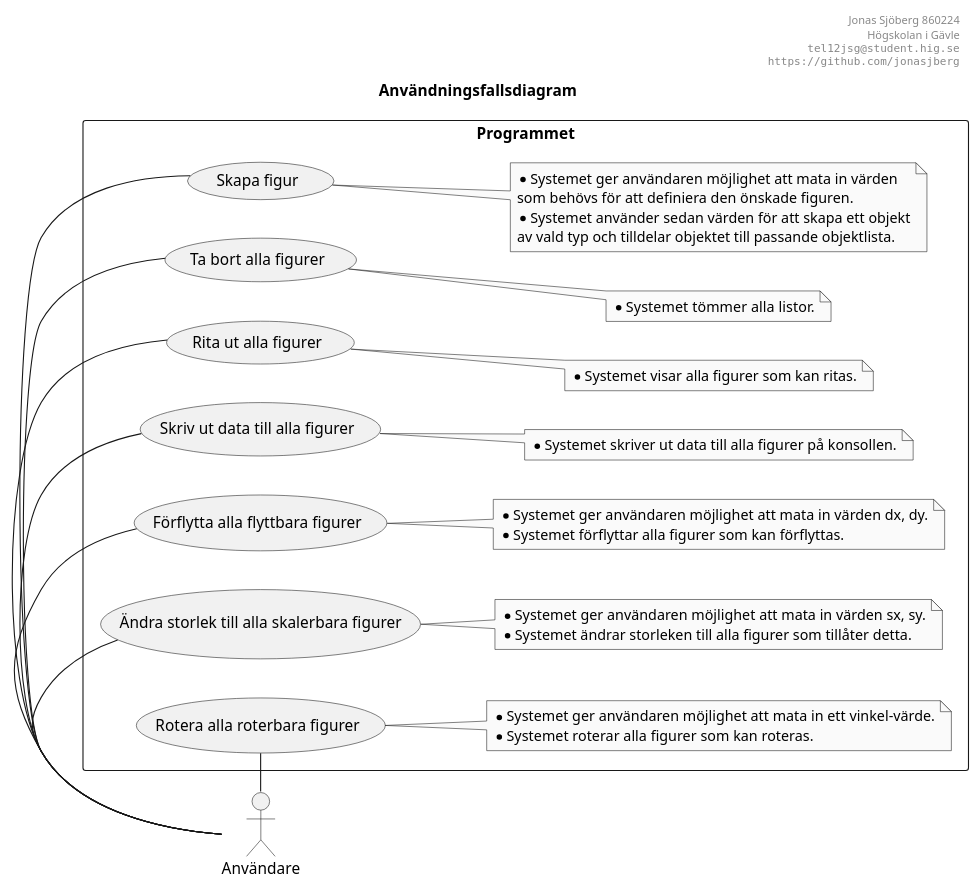
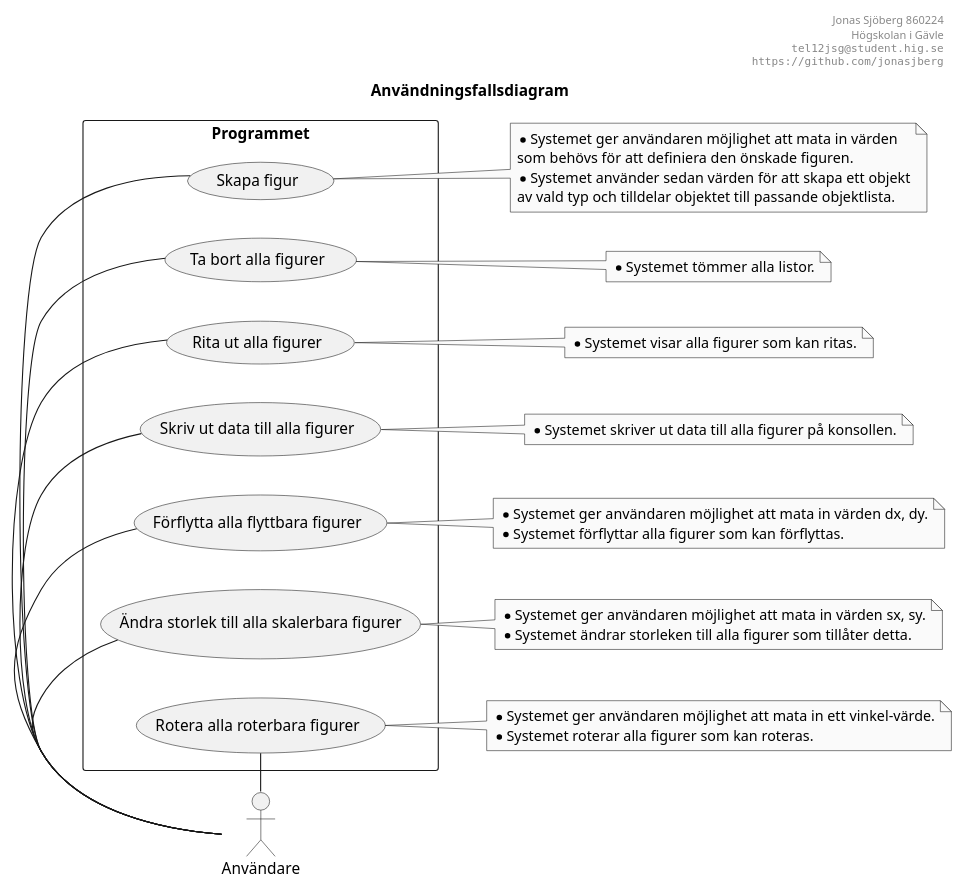
Before and after one commit to jonasjberg/DVG303_lab1: the diagram in diagram/usecase.puml, drawn with PlantUML. The commit also changed 3 other files, not shown here.

```diff
--- a/diagram/usecase.puml
+++ b/diagram/usecase.puml
@@ -9,114 +9,114 @@
 @startuml
 ' ______________________________________________________________________________
 ' ____ CONFIGURATION OPTIONS ___________________________________________________
 ' debug flag creates a 'svek.dot' and 'svek.svg' file in ~/
 !pragma svek_trace on
 
 skinparam {
     monochrome true
     backgroundColor transparent
     classBackgroundColor transparent
     'style strictuml
 }
 
 ' ______________________________________________________________________________
 ' ____ USECASE DIAGRAM _________________________________________________________
 
 header
 Jonas Sjöberg 860224
 Högskolan i Gävle
 ""tel12jsg@student.hig.se""
 ""https://github.com/jonasjberg""
 end header
 
 title Användningsfallsdiagram
 
 '
 ' * AF 1: Skapa figur.
 '         Användaren väljer ’skapa figur’ och sedan vilken typ figuren ska ha.
 '         Möjliga värden är: Punkt, linje, triangel, rektangel, cirkel och
 '         kanske ellips och kvadrat.  Systemet ger användaren möjlighet att
 '         mata in värden som behövs för att definiera den önskade figuren.
 '         Systemet använder sedan värden för att skapa ett objekt av vald typ
 '         och tilldelar objektet till passande objektlista (t.ex. figur-lista,
 '         lista med flyttbara figurer, lista med roterbara figurer mm. - se
 '         nedan).
 ' * AF 2: Ta bort alla figurer.
 '         Användaren väljer ’Ta bort allt’. 
 '         Systemet tömmer alla listor.
 ' * AF 3: Rita ut alla figurer.
 '         Användaren väljer ’Rita ut allt’. 
 '         Systemet visar alla figurer som kan ritas.  
 '         Obs: Detta användningsfall kommer att behandlas först i laboration 3.
 ' * AF 4: Skriv ut data till alla figurer.
 '         Användaren väljer ’Skriv ut allt’. 
 '         Systemet skriver ut data till alla figurer på konsollen.
 ' * AF 5: Förflytta alla flyttbara figurer.
 '         Användaren väljer ’Förflytta allt’. 
 '         Systemet ger användaren möjlighet att mata in värden dx, dy. 
 '         Systemet förflyttar alla figurer som kan förflyttas.
 ' * AF 6: Ändra storlek till alla skalerbara figurer.
 '         Användaren väljer ’Ändra storlek till alla’. 
 '         Systemet ger användaren möjlighet att mata in värden sx, sy. 
 '         Systemet ändrar storleken till alla figurer som tillåter detta.
 ' * AF 7: Rotera alla roterbara figurer.
 '         Användaren väljer ’Rotera alla’. 
 '         Systemet ger användaren möjlighet att mata in ett vinkel-värde. 
 '         Systemet roterar alla figurer som kan roteras.
 
 :Användare: as User
 
 rectangle "Programmet" {
     (Skapa figur)                                as (CreateFigure)
     (Ta bort alla figurer)                       as (RemoveAllFigures)
     (Rita ut alla figurer)                       as (DrawAllFigures)
     (Skriv ut data till alla figurer)            as (PrintDataAllFigures)
     (Förflytta alla flyttbara figurer)           as (MoveAllMovable)
     (Ändra storlek till alla skalerbara figurer) as (ScaleAllScalable)
     (Rotera alla roterbara figurer)              as (RotateAllRotatable)
 
     left to right direction
     User - CreateFigure
     User - RemoveAllFigures
     User - DrawAllFigures
     User - PrintDataAllFigures
     User - MoveAllMovable
     User - ScaleAllScalable
     User - RotateAllRotatable
-
-    note right of CreateFigure
-    * Systemet ger användaren möjlighet att mata in värden
-    som behövs för att definiera den önskade figuren.
-    * Systemet använder sedan värden för att skapa ett objekt
-    av vald typ och tilldelar objektet till passande objektlista.
-    end note
-
-    note right of RemoveAllFigures
-    * Systemet tömmer alla listor.
-    end note
-
-    note right of DrawAllFigures
-    * Systemet visar alla figurer som kan ritas.
-    end note
-
-    note right of PrintDataAllFigures
-    * Systemet skriver ut data till alla figurer på konsollen.
-    end note
-
-    note right of MoveAllMovable
-    * Systemet ger användaren möjlighet att mata in värden dx, dy.
-    * Systemet förflyttar alla figurer som kan förflyttas.
-    end note
-
-    note right of ScaleAllScalable
-    * Systemet ger användaren möjlighet att mata in värden sx, sy.
-    * Systemet ändrar storleken till alla figurer som tillåter detta.
-    end note
-
-    note right of RotateAllRotatable
-    * Systemet ger användaren möjlighet att mata in ett vinkel-värde.
-    * Systemet roterar alla figurer som kan roteras.
-    end note
 }
 
+note right of CreateFigure
+* Systemet ger användaren möjlighet att mata in värden
+som behövs för att definiera den önskade figuren.
+* Systemet använder sedan värden för att skapa ett objekt
+av vald typ och tilldelar objektet till passande objektlista.
+end note
+
+note right of RemoveAllFigures
+* Systemet tömmer alla listor.
+end note
+
+note right of DrawAllFigures
+* Systemet visar alla figurer som kan ritas.
+end note
+
+note right of PrintDataAllFigures
+* Systemet skriver ut data till alla figurer på konsollen.
+end note
+
+note right of MoveAllMovable
+* Systemet ger användaren möjlighet att mata in värden dx, dy.
+* Systemet förflyttar alla figurer som kan förflyttas.
+end note
+
+note right of ScaleAllScalable
+* Systemet ger användaren möjlighet att mata in värden sx, sy.
+* Systemet ändrar storleken till alla figurer som tillåter detta.
+end note
+
+note right of RotateAllRotatable
+* Systemet ger användaren möjlighet att mata in ett vinkel-värde.
+* Systemet roterar alla figurer som kan roteras.
+end note
+
 @enduml
```
